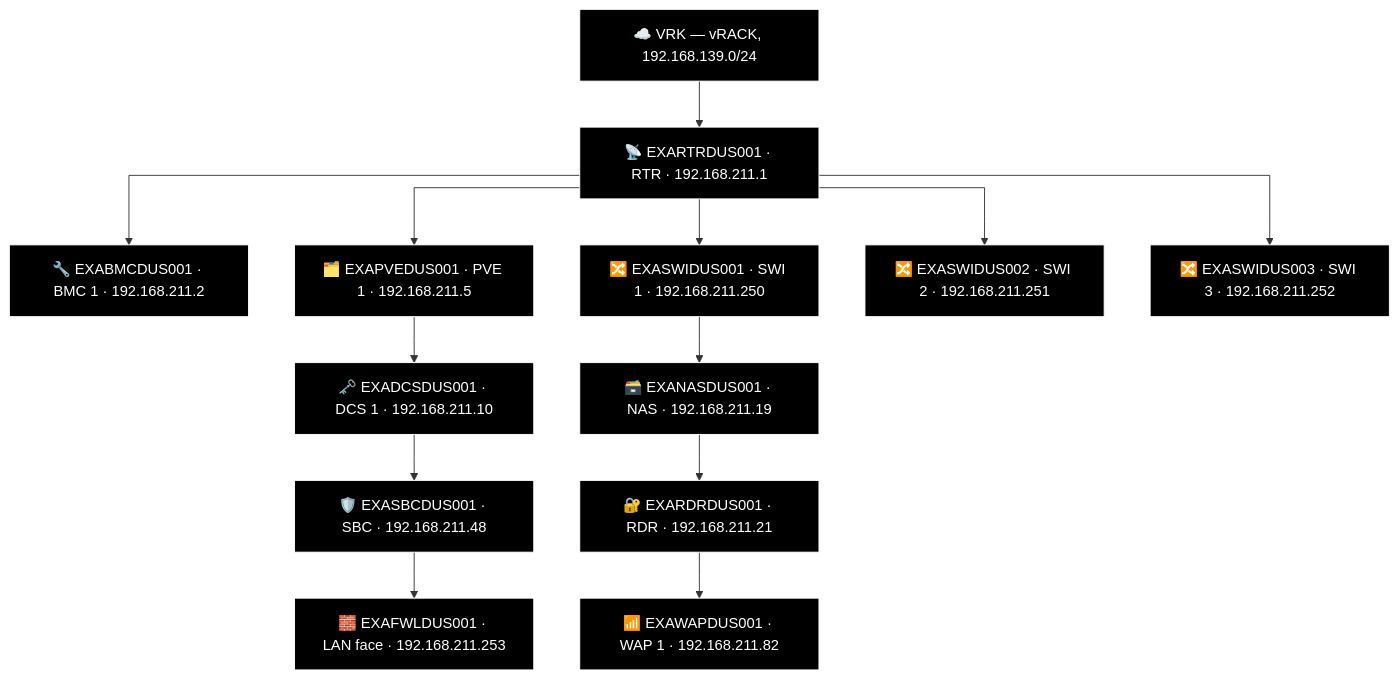
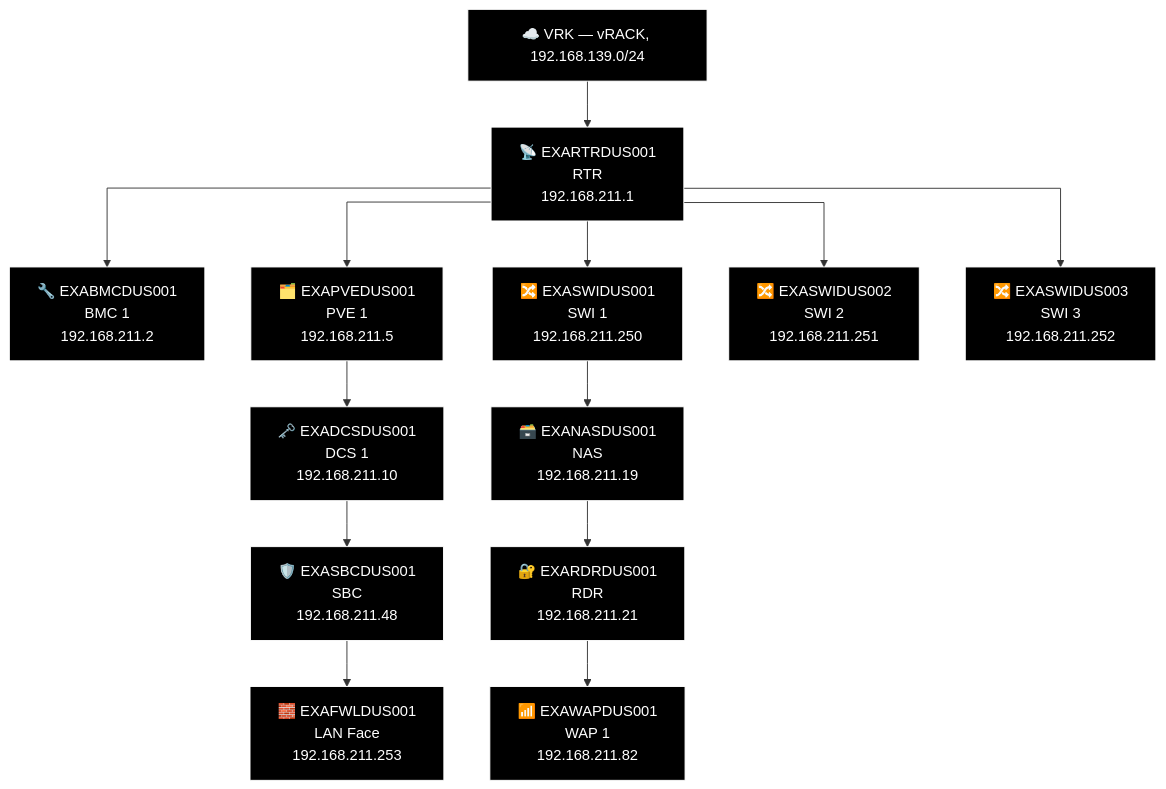
The tenth of 10 diagrams in docs/network-diagram/deutschland.md (knightmare2600/example_music_infra), drawn with Mermaid before and after one commit. The commit also changed other lines of this file and 18 other files, not shown here.

````diff
--- a/docs/network-diagram/deutschland.md
+++ b/docs/network-diagram/deutschland.md
@@ -375,40 +375,40 @@
 ```mermaid
 %% GENERATED:TOPOLOGY:DUS:START
 %%{init: {'flowchart': {'curve': 'stepAfter'}}}%%
 graph TD
     T_VRK["☁️ VRK — vRACK, 192.168.139.0/24"]
-    T_RTR["📡 EXARTRDUS001 · RTR · 192.168.211.1"]
+    T_RTR["📡 EXARTRDUS001<br/>RTR<br/>192.168.211.1"]
     T_VRK --> T_RTR
-    T_BMC["🔧 EXABMCDUS001 · BMC 1 · 192.168.211.2"]
+    T_BMC["🔧 EXABMCDUS001<br/>BMC 1<br/>192.168.211.2"]
     T_RTR --> T_BMC
-    T_PVE["🗂️ EXAPVEDUS001 · PVE 1 · 192.168.211.5"]
+    T_PVE["🗂️ EXAPVEDUS001<br/>PVE 1<br/>192.168.211.5"]
     T_RTR --> T_PVE
-    T_SWI["🔀 EXASWIDUS001 · SWI 1 · 192.168.211.250"]
+    T_SWI["🔀 EXASWIDUS001<br/>SWI 1<br/>192.168.211.250"]
     T_RTR --> T_SWI
-    T_SWI2["🔀 EXASWIDUS002 · SWI 2 · 192.168.211.251"]
+    T_SWI2["🔀 EXASWIDUS002<br/>SWI 2<br/>192.168.211.251"]
     T_RTR --> T_SWI2
-    T_SWI3["🔀 EXASWIDUS003 · SWI 3 · 192.168.211.252"]
+    T_SWI3["🔀 EXASWIDUS003<br/>SWI 3<br/>192.168.211.252"]
     T_RTR --> T_SWI3
-    T_NAS["🗃️ EXANASDUS001 · NAS · 192.168.211.19"]
-    T_RDR["🔐 EXARDRDUS001 · RDR · 192.168.211.21"]
-    T_WAP["📶 EXAWAPDUS001 · WAP 1 · 192.168.211.82"]
+    T_NAS["🗃️ EXANASDUS001<br/>NAS<br/>192.168.211.19"]
+    T_RDR["🔐 EXARDRDUS001<br/>RDR<br/>192.168.211.21"]
+    T_WAP["📶 EXAWAPDUS001<br/>WAP 1<br/>192.168.211.82"]
     T_SWI --> T_NAS --> T_RDR --> T_WAP
-    T_DCS["🗝️ EXADCSDUS001 · DCS 1 · 192.168.211.10"]
-    T_SBC["🛡️ EXASBCDUS001 · SBC · 192.168.211.48"]
-    T_FWL["🧱 EXAFWLDUS001 · LAN face · 192.168.211.253"]
+    T_DCS["🗝️ EXADCSDUS001<br/>DCS 1<br/>192.168.211.10"]
+    T_SBC["🛡️ EXASBCDUS001<br/>SBC<br/>192.168.211.48"]
+    T_FWL["🧱 EXAFWLDUS001<br/>LAN Face<br/>192.168.211.253"]
     T_PVE --> T_DCS --> T_SBC --> T_FWL
     style T_VRK fill:#000000,stroke:#FFFFFF,color:#FFFFFF
     style T_RTR fill:#000000,stroke:#FFFFFF,color:#FFFFFF
     style T_BMC fill:#000000,stroke:#FFFFFF,color:#FFFFFF
     style T_PVE fill:#000000,stroke:#FFFFFF,color:#FFFFFF
     style T_SWI fill:#000000,stroke:#FFFFFF,color:#FFFFFF
     style T_SWI2 fill:#000000,stroke:#FFFFFF,color:#FFFFFF
     style T_SWI3 fill:#000000,stroke:#FFFFFF,color:#FFFFFF
     style T_NAS fill:#000000,stroke:#FFFFFF,color:#FFFFFF
     style T_RDR fill:#000000,stroke:#FFFFFF,color:#FFFFFF
     style T_WAP fill:#000000,stroke:#FFFFFF,color:#FFFFFF
     style T_DCS fill:#000000,stroke:#FFFFFF,color:#FFFFFF
     style T_SBC fill:#000000,stroke:#FFFFFF,color:#FFFFFF
     style T_FWL fill:#000000,stroke:#FFFFFF,color:#FFFFFF
 %% GENERATED:TOPOLOGY:DUS:END
 ```
````
